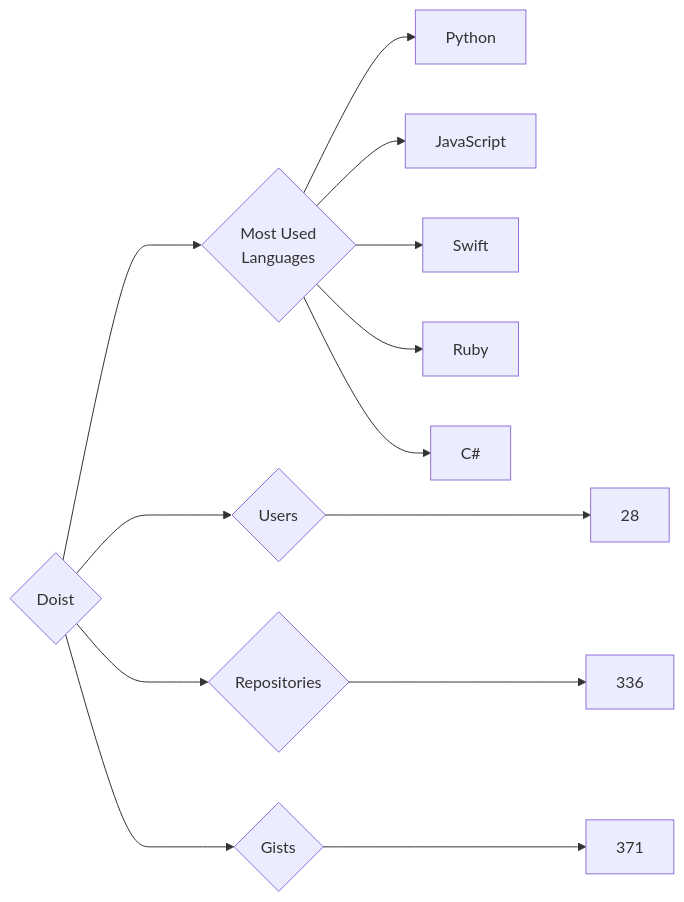
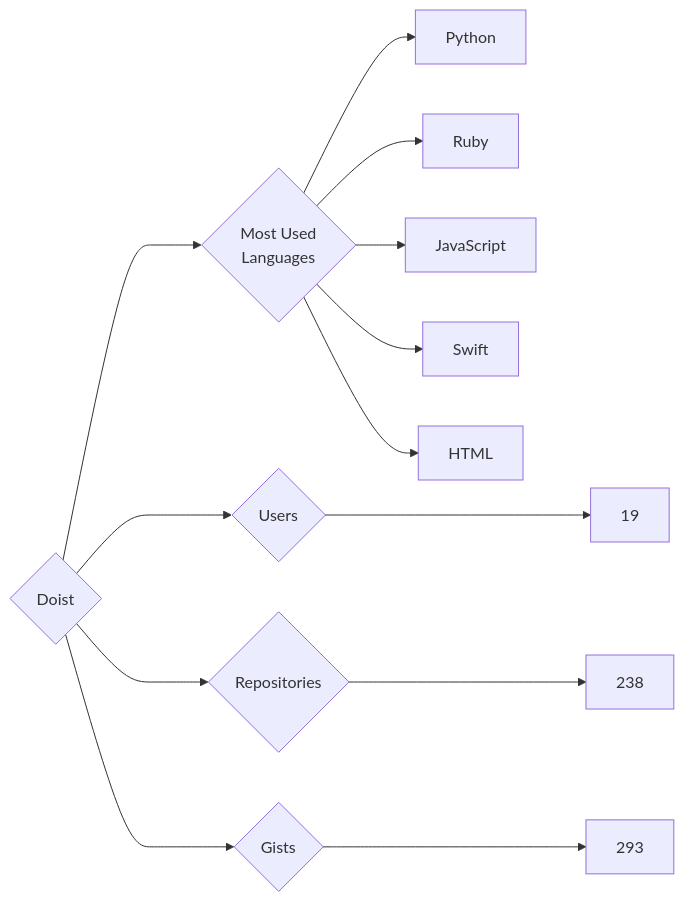
The diagram in targets/Doist/README.md (trickest/insiders), drawn with Mermaid before and after one commit. The commit also changed 682 other files, not shown here.

````diff
--- a/targets/Doist/README.md
+++ b/targets/Doist/README.md
@@ -3,13 +3,13 @@
 ```mermaid
 graph LR
 COMPANY_NAME{Doist}
-COMPANY_NAME ---> U{Users} ---> UN[28]
-COMPANY_NAME ---> R{Repositories} ---> RN[336]
-COMPANY_NAME ---> G{Gists} ---> GN[371]
+COMPANY_NAME ---> U{Users} ---> UN[19]
+COMPANY_NAME ---> R{Repositories} ---> RN[238]
+COMPANY_NAME ---> G{Gists} ---> GN[293]
 COMPANY_NAME ---> ML{Most Used<br>Languages}
 ML --> Python[Python]
+ML --> Ruby[Ruby]
 ML --> JavaScript[JavaScript]
 ML --> Swift[Swift]
-ML --> Ruby[Ruby]
-ML --> C#[C#]
+ML --> HTML[HTML]
 ```
````
